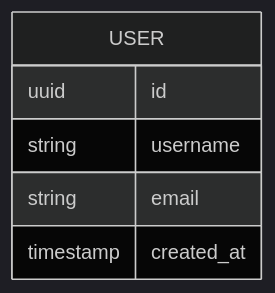
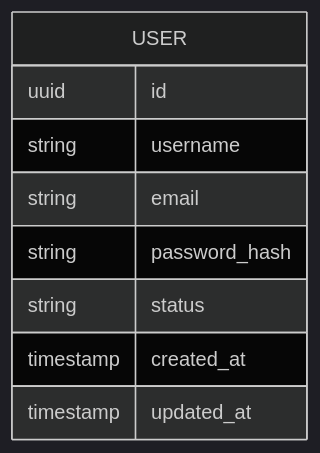
Before and after one commit to chirijose79-ui/Chiri: the fifth of 22 diagrams in docs/050_BaseDatos.md, drawn with Mermaid (dark theme). The commit also changed other lines of this file, not shown here.

````diff
--- a/docs/050_BaseDatos.md
+++ b/docs/050_BaseDatos.md
@@ -752,10 +776,13 @@
 ```mermaid
 erDiagram
 
     USER {
         uuid id
         string username
         string email
+        string password_hash
+        string status
         timestamp created_at
+        timestamp updated_at
     }
 ```
````
